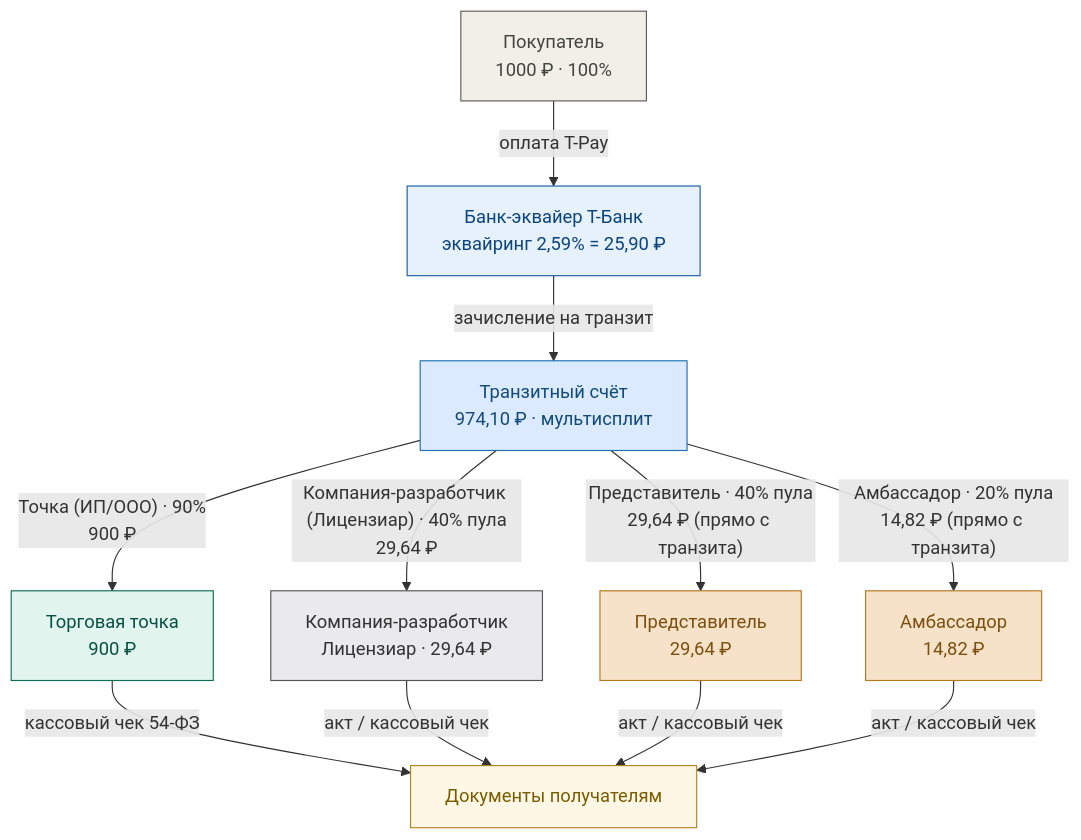
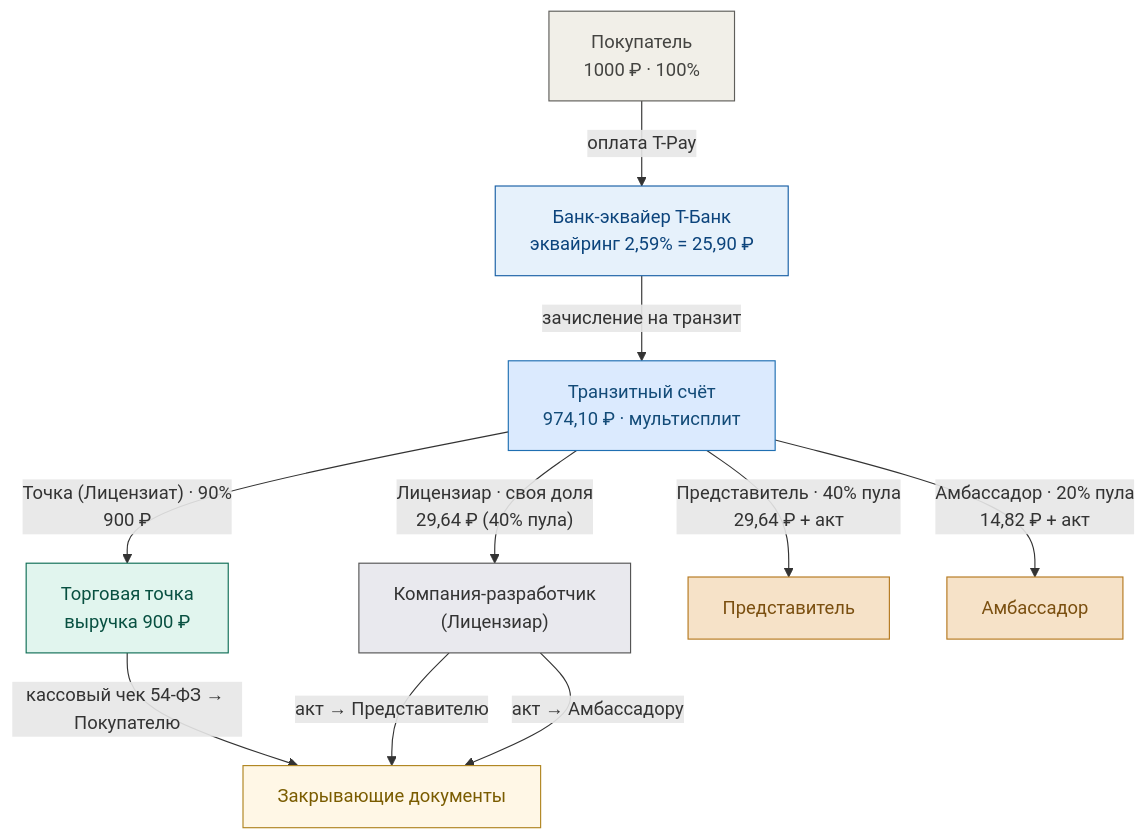
The fourth of 4 diagrams in docs/money_flow_dev_operator.md (axiiom-ru/lovii), drawn with Mermaid before and after one commit. The commit also changed other lines of this file and 1 other file, not shown here.

````diff
--- a/docs/money_flow_dev_operator.md
+++ b/docs/money_flow_dev_operator.md
@@ -105,22 +96,21 @@
 ```mermaid
 flowchart TD
     P["Покупатель<br/>1000 ₽ · 100%"] -->|"оплата T-Pay"| B["Банк-эквайер Т-Банк<br/>эквайринг 2,59% = 25,90 ₽"]
     B -->|"зачисление на транзит"| T["Транзитный счёт<br/>974,10 ₽ · мультисплит"]
-    T -->|"Точка (ИП/ООО) · 90%<br/>900 ₽"| S["Торговая точка<br/>900 ₽"]
-    T -->|"Компания-разработчик (Лицензиар) · 40% пула<br/>29,64 ₽"| C["Компания-разработчик<br/>Лицензиар · 29,64 ₽"]
-    T -->|"Представитель · 40% пула<br/>29,64 ₽ (прямо с транзита)"| R["Представитель<br/>29,64 ₽"]
-    T -->|"Амбассадор · 20% пула<br/>14,82 ₽ (прямо с транзита)"| A["Амбассадор<br/>14,82 ₽"]
-    S -->|"кассовый чек 54-ФЗ"| DOC["Документы получателям"]
-    C -->|"акт / кассовый чек"| DOC
-    R -->|"акт / кассовый чек"| DOC
-    A -->|"акт / кассовый чек"| DOC
+    T -->|"Точка (Лицензиат) · 90%<br/>900 ₽"| S["Торговая точка<br/>выручка 900 ₽"]
+    T -->|"Лицензиар · своя доля<br/>29,64 ₽ (40% пула)"| C["Компания-разработчик<br/>(Лицензиар)"]
+    T -->|"Представитель · 40% пула<br/>29,64 ₽ + акт"| R["Представитель"]
+    T -->|"Амбассадор · 20% пула<br/>14,82 ₽ + акт"| A["Амбассадор"]
+    S -->|"кассовый чек 54-ФЗ → Покупателю"| D["Закрывающие документы"]
+    C -->|"акт → Представителю"| D
+    C -->|"акт → Амбассадору"| D
 
     classDef buyer fill:#f1efe8,stroke:#5f5e5a,color:#444441;
     classDef bank fill:#e6f1fb,stroke:#185fa5,color:#0c447c;
     classDef transit fill:#dbeafe,stroke:#1f6fb2,color:#134b78;
     classDef shop fill:#e1f5ee,stroke:#0f6e56,color:#085041;
     classDef dev fill:#e9e9ee,stroke:#555,color:#333;
     classDef rep fill:#f6e2c8,stroke:#b5791f,color:#7a4f10;
     classDef doc fill:#fff7e6,stroke:#b08520,color:#7a5c00;
-    class P buyer; class B bank; class T transit; class S shop; class C dev; class R rep; class A rep; class DOC doc;
+    class P buyer; class B bank; class T transit; class S shop; class C dev; class R rep; class A rep; class D doc;
 ```
````
